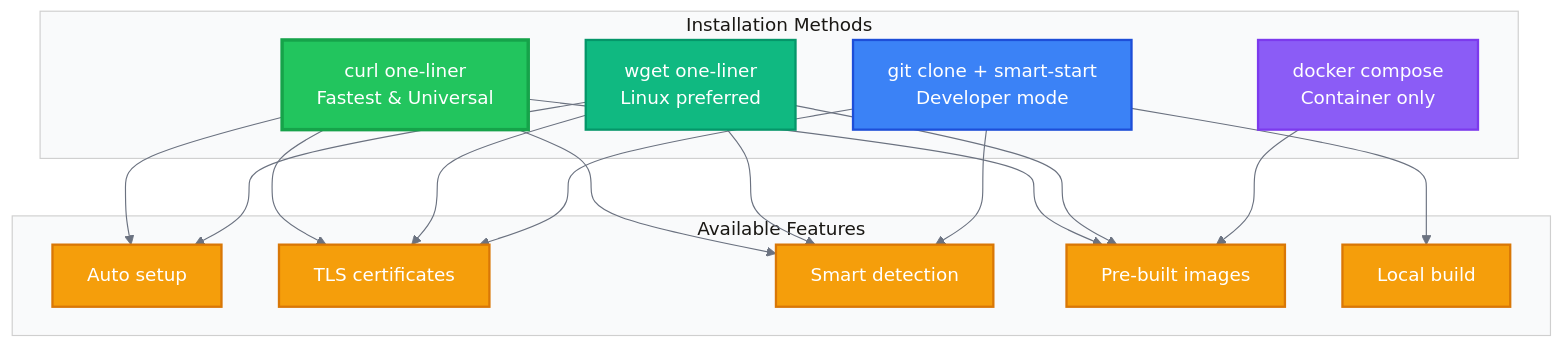
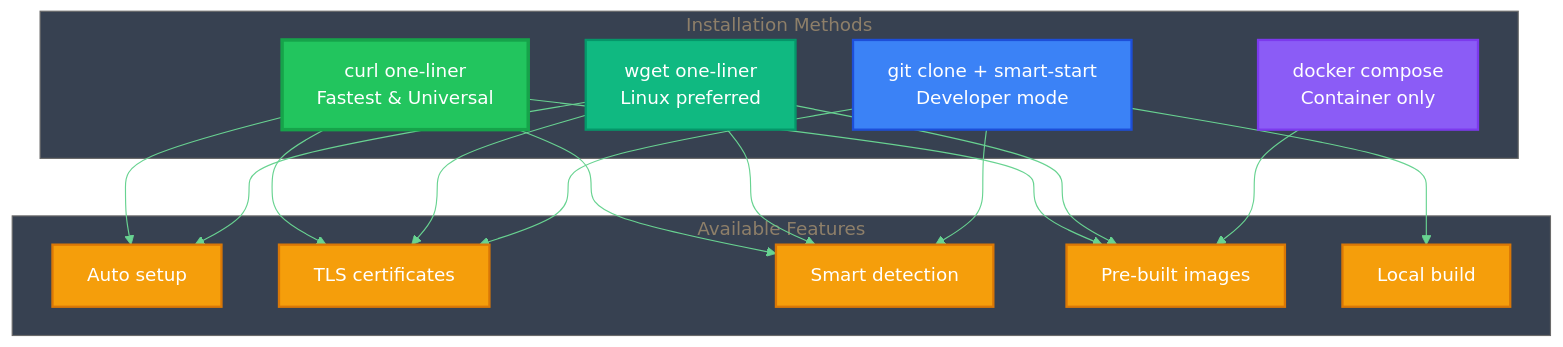
One commit to GraphDone/GraphDone-Core changed the fifth of 6 diagrams in docs/installation-flow.md. Above: the diagram before and after it, drawn with Mermaid. The commit also changed other lines of this file, not shown here.

First line of the commit message:
🎨 Unify all diagrams with consistent dark theme

````diff
--- a/docs/installation-flow.md
+++ b/docs/installation-flow.md
@@ -287,62 +287,62 @@
 ```mermaid
 %%{init: {
   'theme': 'base',
   'themeVariables': {
-    'primaryColor': '#FFFFFF',
-    'primaryTextColor': '#1F2937',
-    'primaryBorderColor': '#9CA3AF',
-    'lineColor': '#6B7280',
-    'secondaryColor': '#F3F4F6',
-    'tertiaryColor': '#E5E7EB',
-    'background': '#FFFFFF',
-    'mainBkg': '#FFFFFF',
-    'secondBkg': '#F9FAFB',
-    'tertiaryBkg': '#F3F4F6',
-    'clusterBkg': '#F9FAFB'
+    'primaryColor': '#2D3748',
+    'primaryTextColor': '#FFFFFF',
+    'primaryBorderColor': '#4A5568',
+    'lineColor': '#68D391',
+    'secondaryColor': '#4A5568',
+    'tertiaryColor': '#718096',
+    'background': '#1A202C',
+    'mainBkg': '#2D3748',
+    'secondBkg': '#374151',
+    'tertiaryBkg': '#4A5568',
+    'clusterBkg': '#374151'
   }
 }}%%
 
 graph TD
     subgraph Methods ["Installation Methods"]
         OneLineCurl[curl one-liner<br/>Fastest & Universal]
         OneLineWget[wget one-liner<br/>Linux preferred]
         GitClone[git clone + smart-start<br/>Developer mode]
         Docker[docker compose<br/>Container only]
     end
     
     subgraph Features ["Available Features"]
         AutoSetup[Auto setup]
         TLSCerts[TLS certificates]
         SmartDetect[Smart detection]
         Registry[Pre-built images]
         LocalBuild[Local build]
     end
     
     OneLineCurl --> AutoSetup
     OneLineCurl --> TLSCerts
     OneLineCurl --> SmartDetect
     OneLineCurl --> Registry
     
     OneLineWget --> AutoSetup
     OneLineWget --> TLSCerts
     OneLineWget --> SmartDetect
     OneLineWget --> Registry
     
     GitClone --> SmartDetect
     GitClone --> LocalBuild
     GitClone --> TLSCerts
     
     Docker --> Registry
     
     classDef recommendedNode fill:#22C55E,stroke:#16A34A,stroke-width:3px,color:#FFFFFF
     classDef alternativeNode fill:#10B981,stroke:#059669,stroke-width:2px,color:#FFFFFF
     classDef devNode fill:#3B82F6,stroke:#1D4ED8,stroke-width:2px,color:#FFFFFF
     classDef containerNode fill:#8B5CF6,stroke:#7C3AED,stroke-width:2px,color:#FFFFFF
     classDef featureNode fill:#F59E0B,stroke:#D97706,stroke-width:2px,color:#FFFFFF
     
     class OneLineCurl recommendedNode
     class OneLineWget alternativeNode
     class GitClone devNode
     class Docker containerNode
     class AutoSetup,TLSCerts,SmartDetect,Registry,LocalBuild featureNode
 ```
````
